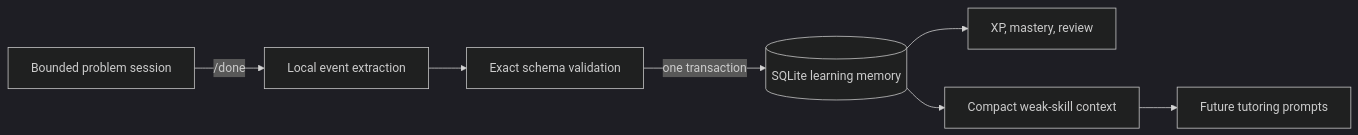
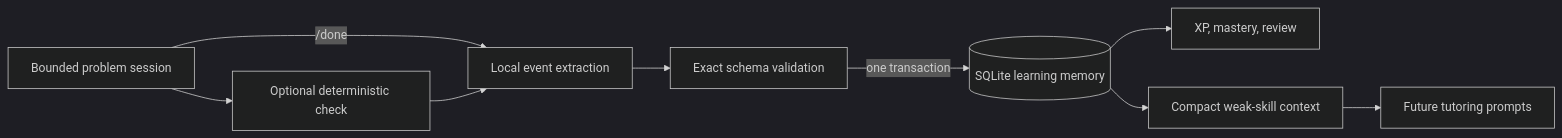
Before and after one commit to GizmosGarage/Sensei: the diagram in docs/LEARNING_MEMORY.md, drawn with Mermaid (dark theme). The commit also changed other lines of this file and 17 other files, not shown here.

````diff
--- a/docs/LEARNING_MEMORY.md
+++ b/docs/LEARNING_MEMORY.md
@@ -30,9 +32,11 @@
 ```mermaid
 flowchart LR
-    Session[Bounded problem session] -->|/done| Extract[Local event extraction]
+    Session[Bounded problem session] --> Verify[Optional deterministic check]
+    Session -->|/done| Extract[Local event extraction]
+    Verify --> Extract
     Extract --> Validate[Exact schema validation]
     Validate -->|one transaction| DB[(SQLite learning memory)]
     DB --> Progress[XP, mastery, review]
     DB --> Context[Compact weak-skill context]
     Context --> Future[Future tutoring prompts]
 ```
````
